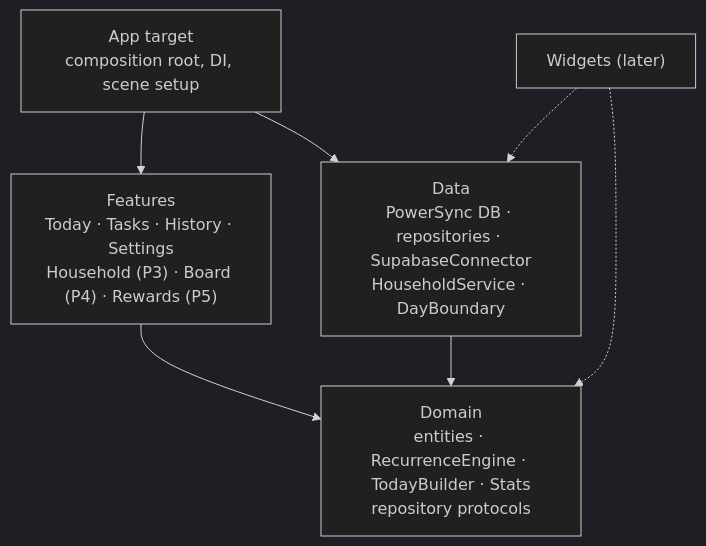
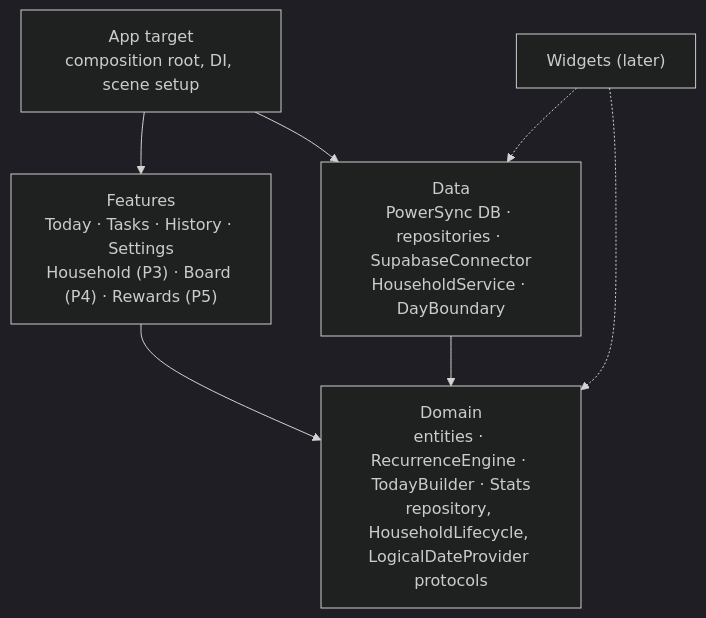
One commit to victorlou/sundial changed the second of 4 diagrams in docs/04-architecture.md. Above: the diagram before and after it, drawn with Mermaid (dark theme). The commit also changed other lines of this file and 16 other files, not shown here.

````diff
--- a/docs/04-architecture.md
+++ b/docs/04-architecture.md
@@ -83,10 +88,10 @@
 ```mermaid
 flowchart TB
   App["App target<br/>composition root, DI, scene setup"] --> Features
   App --> Data
   Features["Features<br/>Today · Tasks · History · Settings<br/>Household (P3) · Board (P4) · Rewards (P5)"] --> Domain
   Data["Data<br/>PowerSync DB · repositories · SupabaseConnector<br/>HouseholdService · DayBoundary"] --> Domain
-  Domain["Domain<br/>entities · RecurrenceEngine · TodayBuilder · Stats<br/>repository protocols"]
+  Domain["Domain<br/>entities · RecurrenceEngine · TodayBuilder · Stats<br/>repository, HouseholdLifecycle, LogicalDateProvider protocols"]
   Widgets["Widgets (later)"] -.-> Domain
   Widgets -.-> Data
 ```
````
